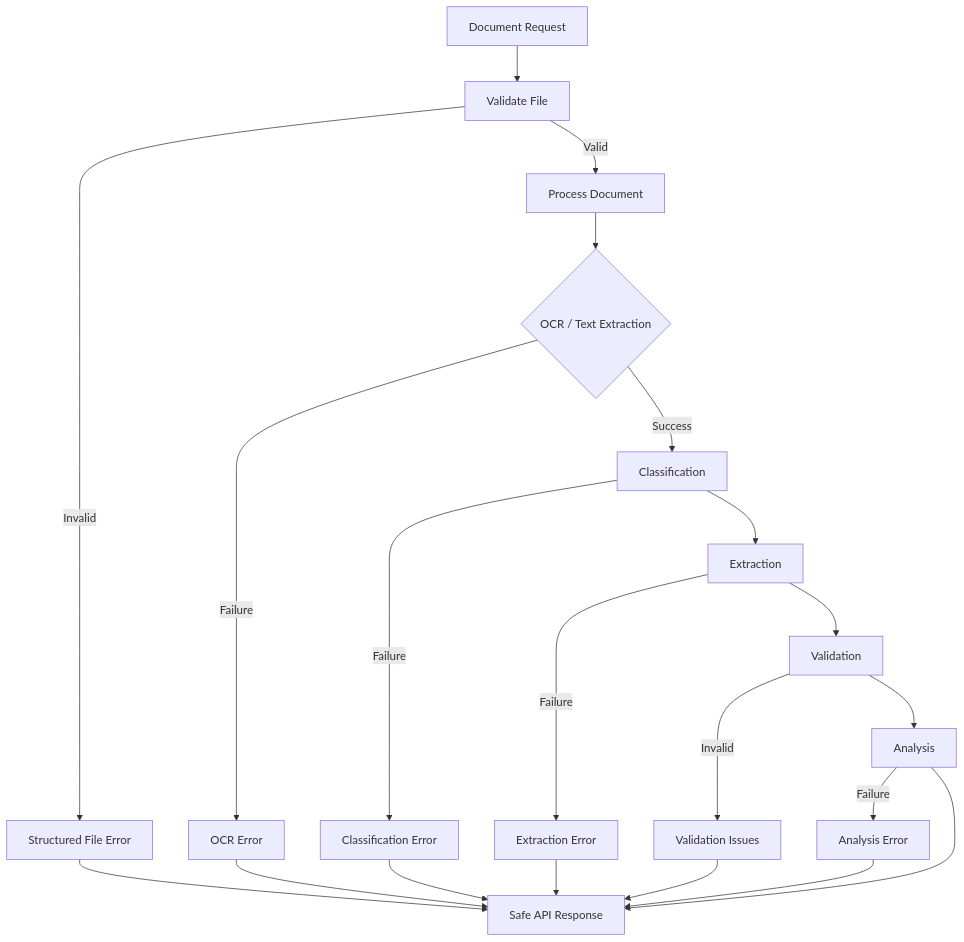
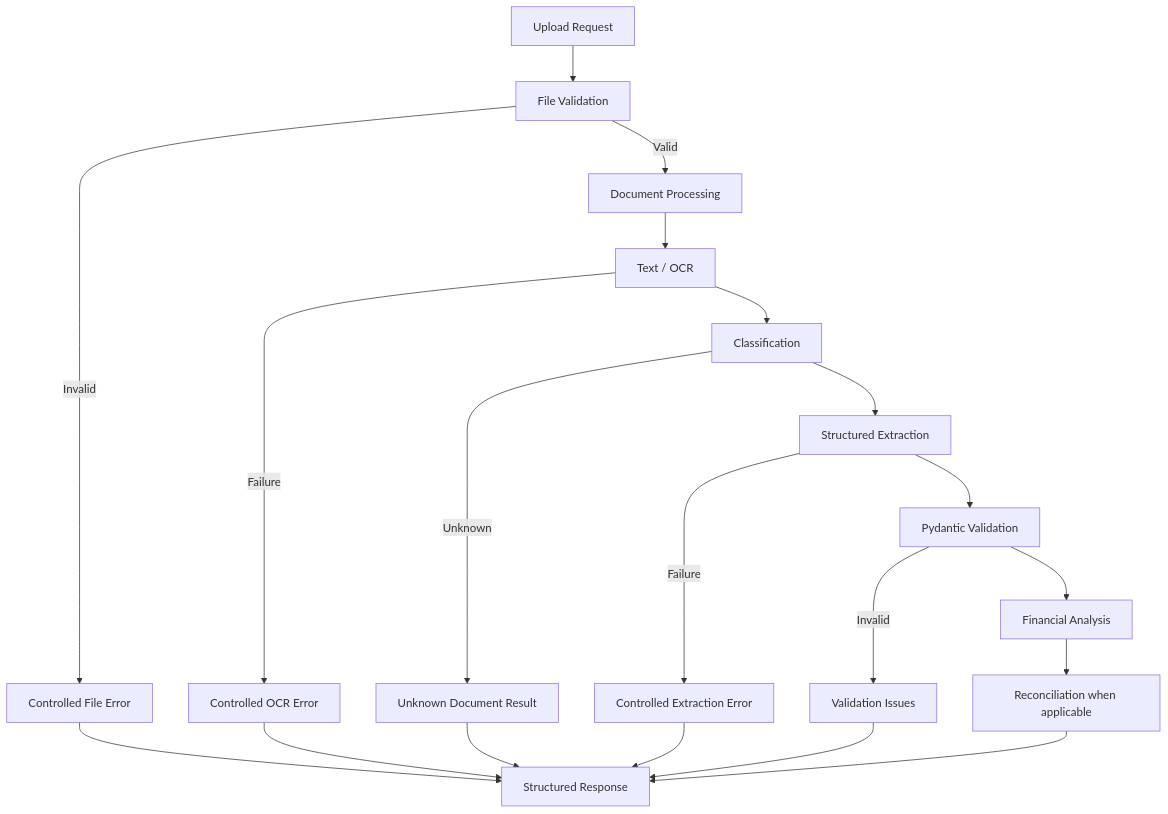
Before and after one commit to SAHILDAS/financial-document-analyzer: the fourth of 8 diagrams in ARCHITECTURE.md, drawn with Mermaid. The commit also changed other lines of this file and 5 other files, not shown here.

Commit message:
chore: finalize financial document analyzer

````diff
--- a/ARCHITECTURE.md
+++ b/ARCHITECTURE.md
@@ -1282,38 +1593,32 @@
 ```mermaid
 flowchart TD
+    REQUEST[Upload Request]
+    VALIDATE[File Validation]
 
-    REQUEST[Document Request]
+    REQUEST --> VALIDATE
 
-    REQUEST --> VALIDATE[Validate File]
+    VALIDATE -->|Invalid| FILE_ERROR[Controlled File Error]
+    VALIDATE -->|Valid| PROCESS[Document Processing]
 
-    VALIDATE -->|Invalid| FILE_ERROR[Structured File Error]
-    VALIDATE -->|Valid| PROCESS[Process Document]
+    PROCESS --> TEXT[Text / OCR]
+    TEXT -->|Failure| OCR_ERROR[Controlled OCR Error]
+    TEXT --> CLASSIFY[Classification]
 
-    PROCESS --> OCR_CHECK{OCR / Text Extraction}
+    CLASSIFY -->|Unknown| UNKNOWN[Unknown Document Result]
+    CLASSIFY --> EXTRACT[Structured Extraction]
 
-    OCR_CHECK -->|Failure| OCR_ERROR[OCR Error]
-    OCR_CHECK -->|Success| CLASSIFY[Classification]
+    EXTRACT -->|Failure| EXTRACTION_ERROR[Controlled Extraction Error]
+    EXTRACT --> SCHEMA[Pydantic Validation]
 
-    CLASSIFY -->|Failure| CLASS_ERROR[Classification Error]
+    SCHEMA -->|Invalid| VALIDATION_RESULT[Validation Issues]
+    SCHEMA --> ANALYSIS[Financial Analysis]
 
-    CLASSIFY --> EXTRACT[Extraction]
-
-    EXTRACT -->|Failure| EXT_ERROR[Extraction Error]
-
-    EXTRACT --> VALIDATION[Validation]
-
-    VALIDATION -->|Invalid| VALIDATION_RESULT[Validation Issues]
-
-    VALIDATION --> ANALYSIS[Analysis]
-
-    ANALYSIS -->|Failure| ANALYSIS_ERROR[Analysis Error]
-
-    VALIDATION_RESULT --> RESPONSE[Safe API Response]
-    ANALYSIS --> RESPONSE
+    ANALYSIS --> RECON[Reconciliation when applicable]
+    RECON --> RESPONSE[Structured Response]
 
     FILE_ERROR --> RESPONSE
     OCR_ERROR --> RESPONSE
-    CLASS_ERROR --> RESPONSE
-    EXT_ERROR --> RESPONSE
-    ANALYSIS_ERROR --> RESPONSE
+    EXTRACTION_ERROR --> RESPONSE
+    VALIDATION_RESULT --> RESPONSE
+    UNKNOWN --> RESPONSE
 ```
````
